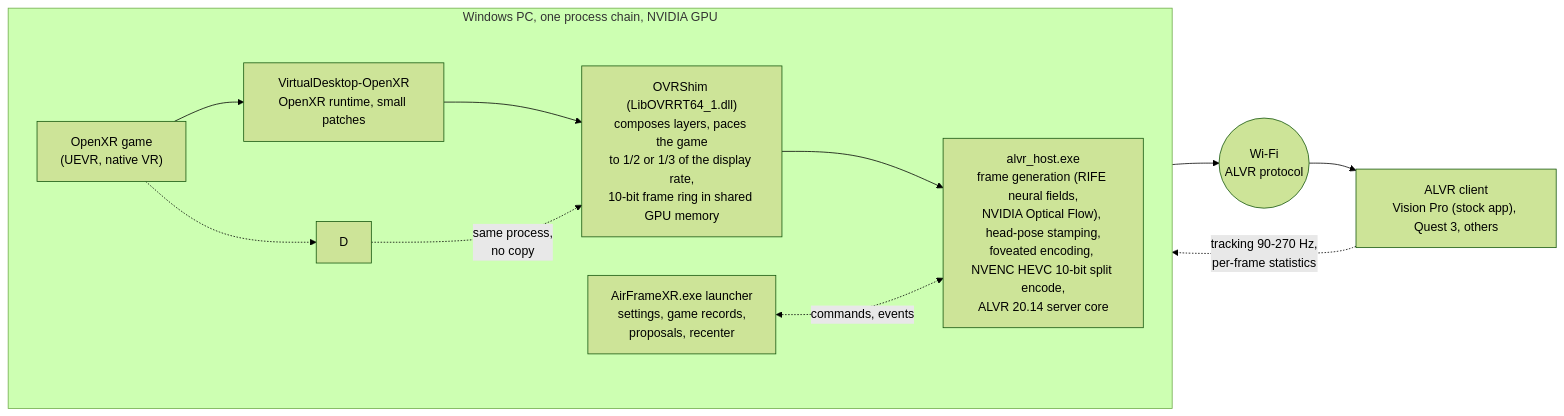
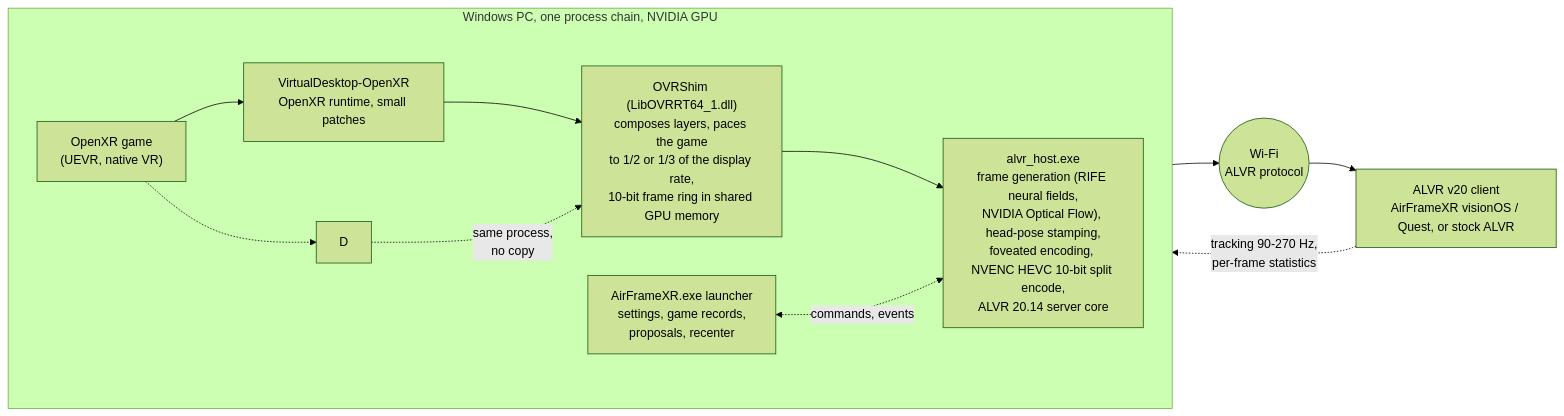
Before and after one commit to jfbobier/AirFrameXR: the diagram in README.md, drawn with Mermaid (forest theme). The commit also changed other lines of this file, not shown here.

Commit message:
README: compatible with ALVR v20 clients, optimized for the AirFrameXR clients (visionOS via TestFlight, Quest via APK sideload), store validation pending

````diff
--- a/README.md
+++ b/README.md
@@ -109,18 +109,18 @@
 ```mermaid
 flowchart LR
     subgraph PC["Windows PC, one process chain, NVIDIA GPU"]
         direction LR
         G["OpenXR game<br/>(UEVR, native VR)"]
         V["VirtualDesktop-OpenXR<br/>OpenXR runtime, small patches"]
         S["OVRShim (LibOVRRT64_1.dll)<br/>composes layers, paces the game<br/>to 1/2 or 1/3 of the display rate,<br/>10-bit frame ring in shared GPU memory"]
         H["alvr_host.exe<br/>frame generation (RIFE neural fields,<br/>NVIDIA Optical Flow), head-pose stamping,<br/>foveated encoding, NVENC HEVC 10-bit split encode,<br/>ALVR 20.14 server core"]
         L["AirFrameXR.exe launcher<br/>settings, game records,<br/>proposals, recenter"]
         G --> V --> S --> H
         G -.-> D -.->|same process,<br/>no copy| S
         L <-.->|commands, events| H
     end
     W(("Wi-Fi<br/>ALVR protocol"))
-    C["ALVR client<br/>Vision Pro (stock app), Quest 3, others"]
+    C["ALVR v20 client<br/>AirFrameXR visionOS / Quest, or stock ALVR"]
     H --> W --> C
     C -.->|tracking 90-270 Hz,<br/>per-frame statistics| H
 ```
````
